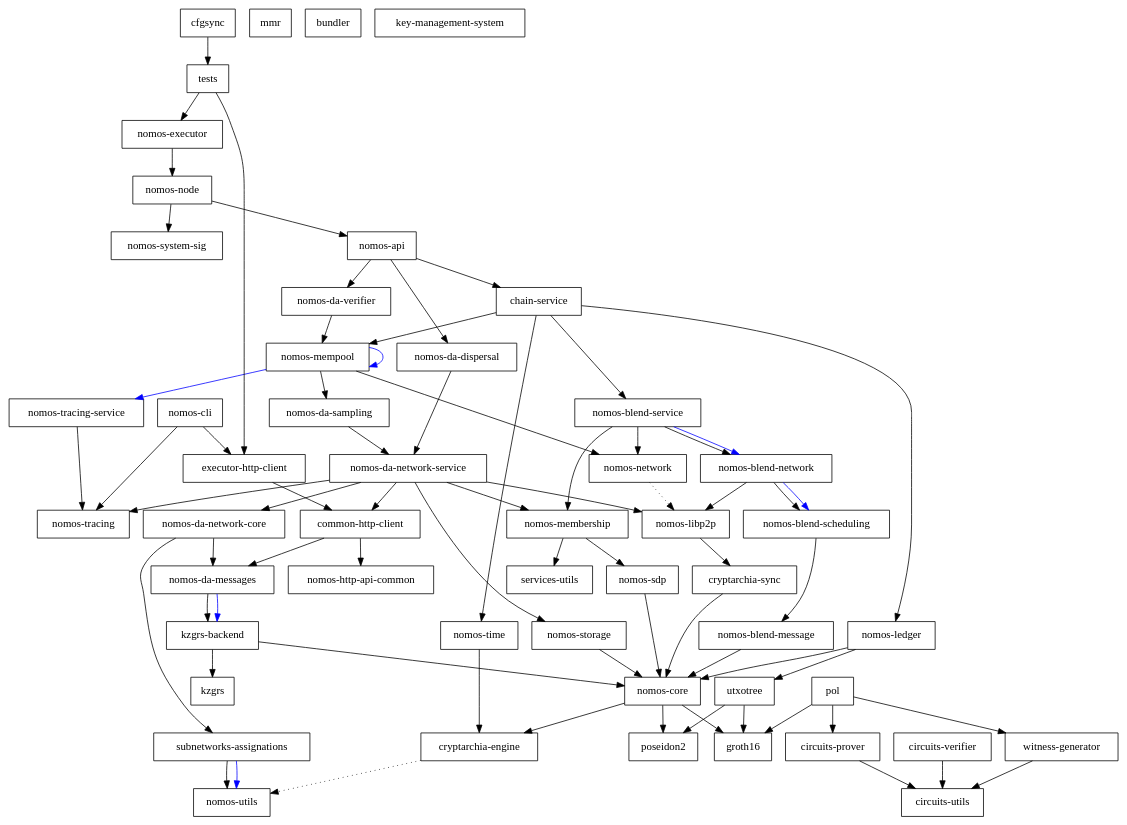
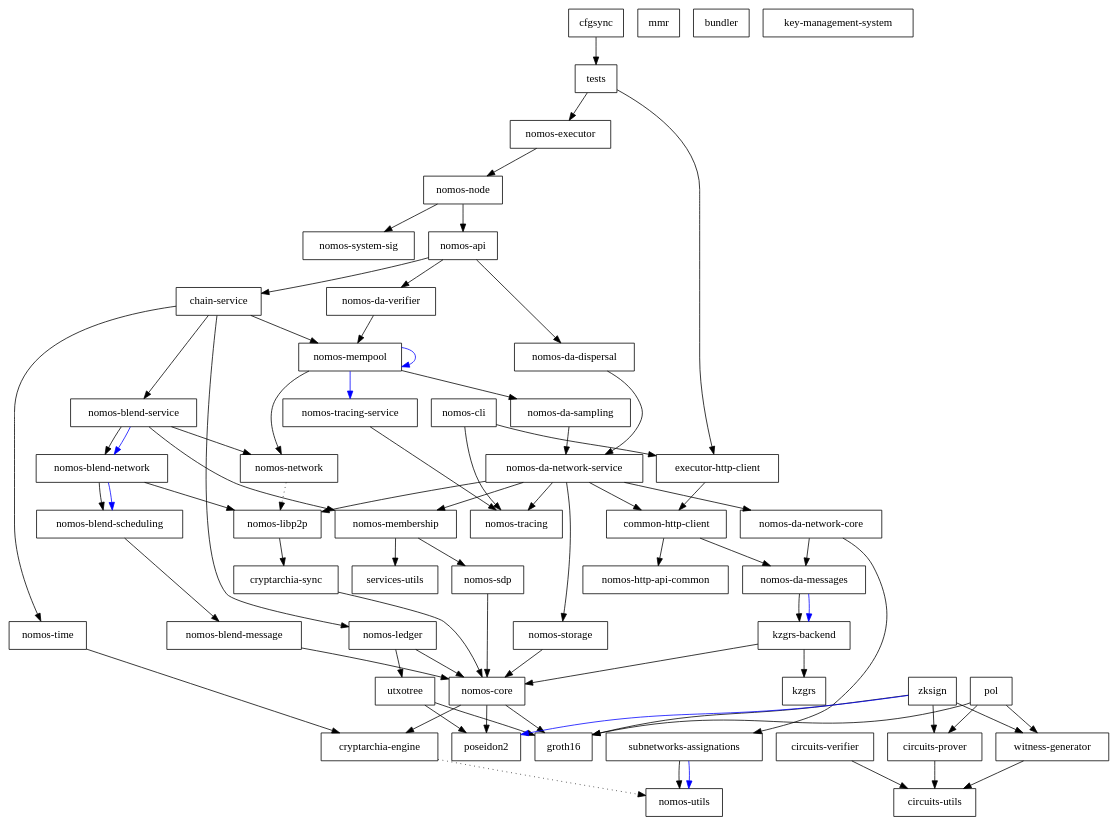
One commit to Astro521/logos-blockchain changed the diagram in dependencies_graph.dot. Above: the diagram before and after it, drawn with Graphviz. The commit also changed 12 other files, not shown here.

```diff
--- a/dependencies_graph.dot
+++ b/dependencies_graph.dot
@@ -1,123 +1,128 @@
 digraph {
     0 [ label = "cryptarchia-engine" shape = box]
     1 [ label = "nomos-utils" shape = box]
     2 [ label = "cryptarchia-sync" shape = box]
     3 [ label = "nomos-core" shape = box]
     4 [ label = "groth16" shape = box]
     5 [ label = "poseidon2" shape = box]
     6 [ label = "nomos-ledger" shape = box]
     7 [ label = "utxotree" shape = box]
     8 [ label = "mmr" shape = box]
     9 [ label = "nomos-http-api-common" shape = box]
     10 [ label = "nomos-executor" shape = box]
     11 [ label = "kzgrs-backend" shape = box]
     12 [ label = "kzgrs" shape = box]
     13 [ label = "nomos-api" shape = box]
     14 [ label = "chain-service" shape = box]
     15 [ label = "nomos-blend-service" shape = box]
     16 [ label = "nomos-blend-message" shape = box]
     17 [ label = "nomos-blend-network" shape = box]
     18 [ label = "nomos-blend-scheduling" shape = box]
     19 [ label = "nomos-libp2p" shape = box]
     20 [ label = "nomos-membership" shape = box]
     21 [ label = "nomos-sdp" shape = box]
     22 [ label = "services-utils" shape = box]
     23 [ label = "nomos-network" shape = box]
     24 [ label = "nomos-da-sampling" shape = box]
     25 [ label = "nomos-da-network-core" shape = box]
     26 [ label = "nomos-da-messages" shape = box]
     27 [ label = "subnetworks-assignations" shape = box]
     28 [ label = "nomos-da-network-service" shape = box]
     29 [ label = "common-http-client" shape = box]
     30 [ label = "nomos-storage" shape = box]
     31 [ label = "nomos-tracing" shape = box]
     32 [ label = "nomos-mempool" shape = box]
     33 [ label = "nomos-tracing-service" shape = box]
     34 [ label = "nomos-time" shape = box]
     35 [ label = "nomos-da-dispersal" shape = box]
     36 [ label = "nomos-da-verifier" shape = box]
     37 [ label = "nomos-node" shape = box]
     38 [ label = "nomos-system-sig" shape = box]
     39 [ label = "executor-http-client" shape = box]
     40 [ label = "bundler" shape = box]
     41 [ label = "nomos-cli" shape = box]
     42 [ label = "key-management-system" shape = box]
     43 [ label = "cfgsync" shape = box]
     44 [ label = "tests" shape = box]
     45 [ label = "circuits-prover" shape = box]
     46 [ label = "circuits-utils" shape = box]
     47 [ label = "circuits-verifier" shape = box]
     48 [ label = "witness-generator" shape = box]
     49 [ label = "pol" shape = box]
+    50 [ label = "zksign" shape = box]
     0 -> 1 [ style = dotted]
     2 -> 3 [ ]
     3 -> 0 [ ]
     3 -> 4 [ ]
     3 -> 5 [ ]
     6 -> 3 [ ]
     6 -> 7 [ ]
     7 -> 4 [ ]
     7 -> 5 [ ]
     10 -> 37 [ ]
     11 -> 12 [ ]
     11 -> 3 [ ]
     13 -> 14 [ ]
     13 -> 35 [ ]
     13 -> 36 [ ]
     14 -> 15 [ ]
     14 -> 6 [ ]
     14 -> 32 [ ]
     14 -> 34 [ ]
     15 -> 17 [ ]
     15 -> 17 [ color = blue]
     15 -> 20 [ ]
     15 -> 23 [ ]
     16 -> 3 [ ]
     17 -> 18 [ ]
     17 -> 18 [ color = blue]
     17 -> 19 [ ]
     18 -> 16 [ ]
     19 -> 2 [ ]
     20 -> 21 [ ]
     20 -> 22 [ ]
     21 -> 3 [ ]
     23 -> 19 [ style = dotted]
     24 -> 28 [ ]
     25 -> 26 [ ]
     25 -> 27 [ ]
     26 -> 11 [ ]
     26 -> 11 [ color = blue]
     27 -> 1 [ ]
     27 -> 1 [ color = blue]
     28 -> 29 [ ]
     28 -> 25 [ ]
     28 -> 19 [ ]
     28 -> 20 [ ]
     28 -> 30 [ ]
     28 -> 31 [ ]
     29 -> 26 [ ]
     29 -> 9 [ ]
     30 -> 3 [ ]
     32 -> 24 [ ]
     32 -> 32 [ color = blue]
     32 -> 23 [ ]
     32 -> 33 [ color = blue]
     33 -> 31 [ ]
     34 -> 0 [ ]
     35 -> 28 [ ]
     36 -> 32 [ ]
     37 -> 13 [ ]
     37 -> 38 [ ]
     39 -> 29 [ ]
     41 -> 39 [ ]
     41 -> 31 [ ]
     43 -> 44 [ ]
     44 -> 39 [ ]
     44 -> 10 [ ]
     45 -> 46 [ ]
     47 -> 46 [ ]
     48 -> 46 [ ]
     49 -> 45 [ ]
     49 -> 4 [ ]
     49 -> 48 [ ]
+    50 -> 45 [ ]
+    50 -> 4 [ ]
+    50 -> 5 [ color = blue]
+    50 -> 48 [ ]
 }
```
